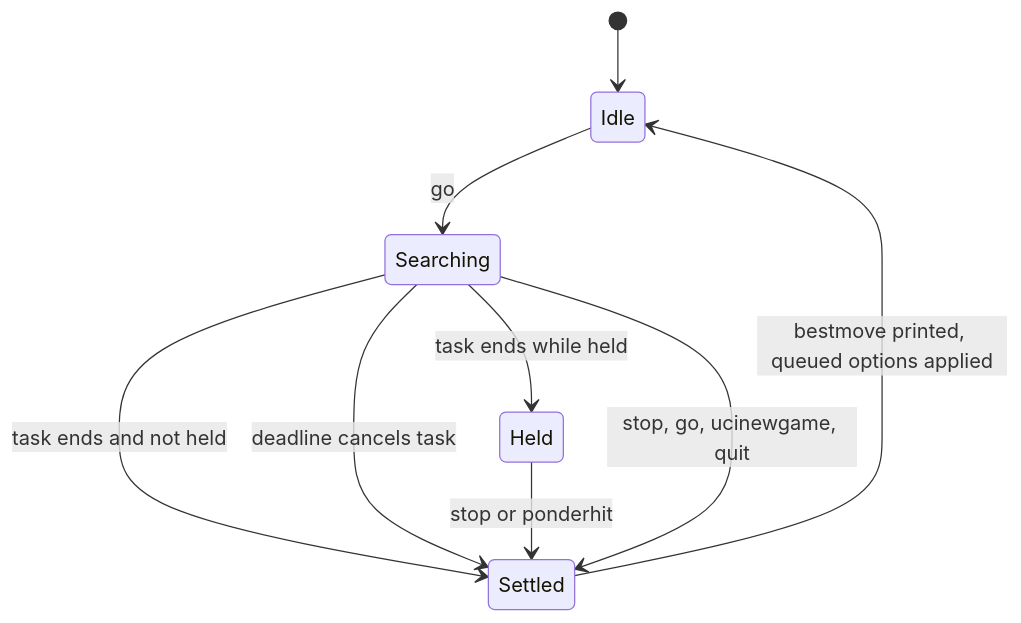
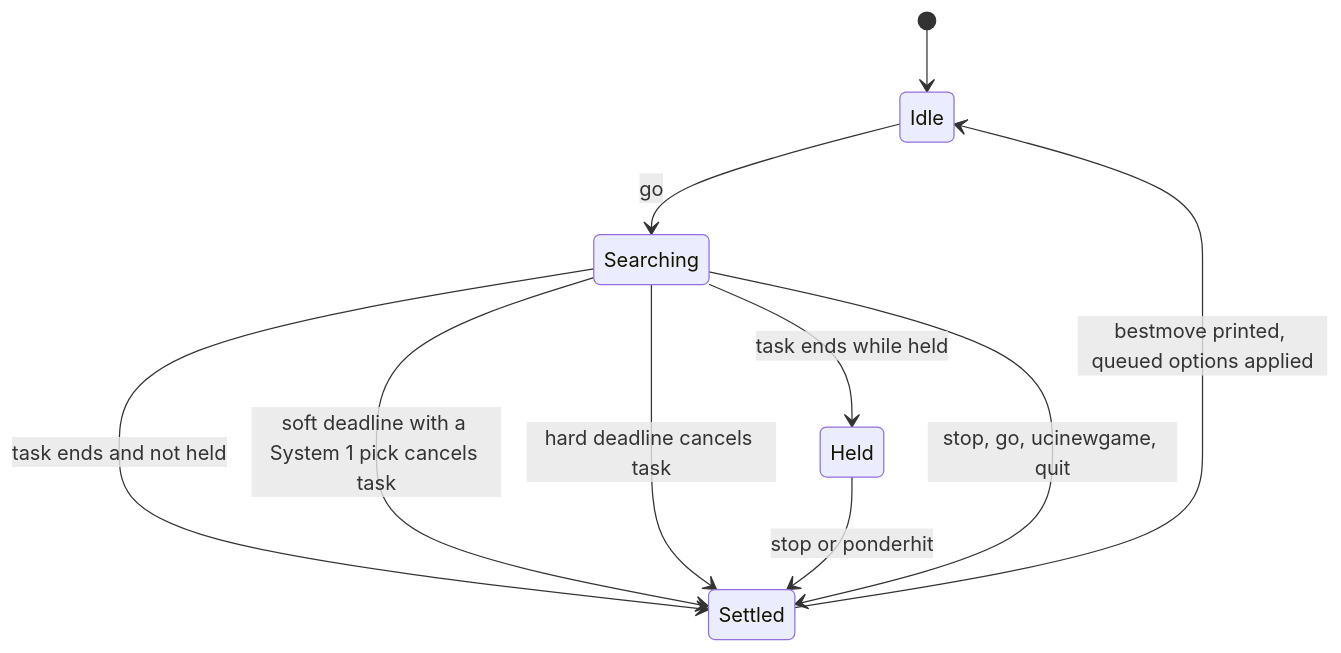
One commit to darieldatoon/langchain-chess changed the first of 2 diagrams in openwiki/integrations/uci-engine.md. Above: the diagram before and after it, drawn with Mermaid. The commit also changed other lines of this file and 48 other files, not shown here.

````diff
--- a/openwiki/integrations/uci-engine.md
+++ b/openwiki/integrations/uci-engine.md
@@ -87,11 +87,12 @@
 ```mermaid
 stateDiagram-v2
     [*] --> Idle
     Idle --> Searching: go
     Searching --> Settled: task ends and not held
-    Searching --> Settled: deadline cancels task
+    Searching --> Settled: soft deadline with a System 1 pick cancels task
+    Searching --> Settled: hard deadline cancels task
     Searching --> Held: task ends while held
     Held --> Settled: stop or ponderhit
     Searching --> Settled: stop, go, ucinewgame, quit
     Settled --> Idle: bestmove printed, queued options applied
 ```
````
